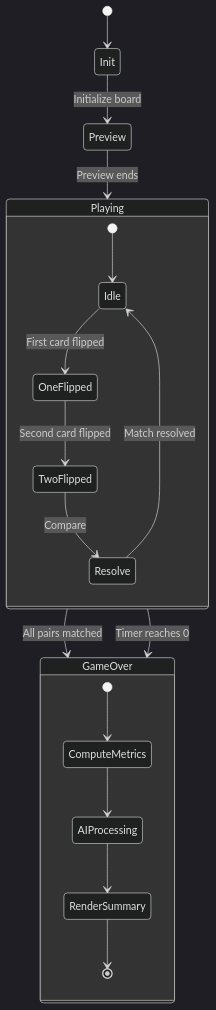
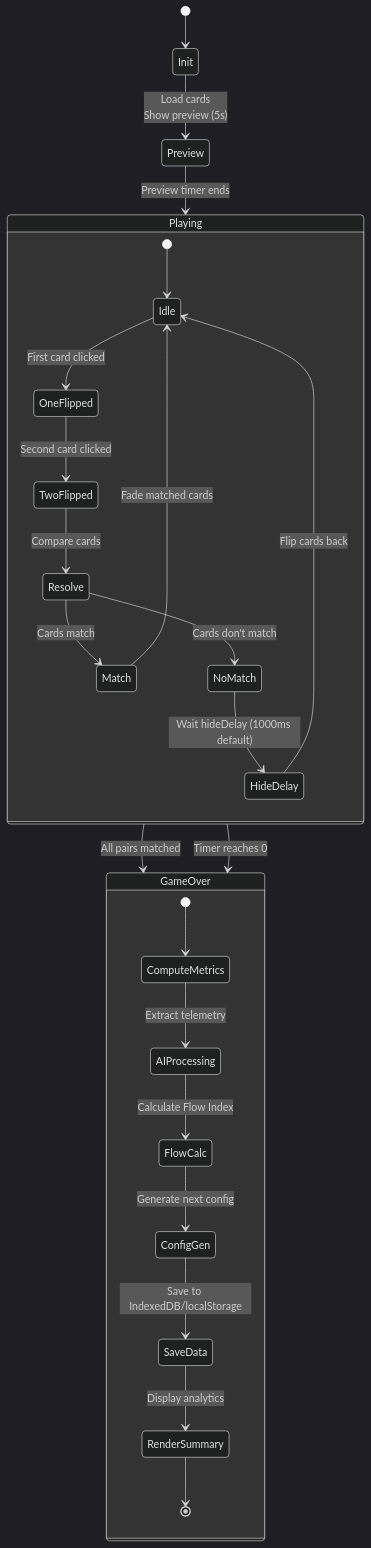
The sixth of 10 diagrams in docs/SYSTEM_DIAGRAMS.md (DDMYmia/Memory-Game-He-Maumahara), drawn with Mermaid (dark theme) before and after one commit. The commit also changed other lines of this file and 3 other files, not shown here.

````diff
--- a/docs/SYSTEM_DIAGRAMS.md
+++ b/docs/SYSTEM_DIAGRAMS.md
@@ -177,25 +261,32 @@
 ```mermaid
 stateDiagram-v2
     [*] --> Init
 
-    Init --> Preview : Initialize board
-    Preview --> Playing : Preview ends
+    Init --> Preview : Load cards<br/>Show preview (5s)
+    Preview --> Playing : Preview timer ends
 
     state Playing {
         [*] --> Idle
-        Idle --> OneFlipped : First card flipped
-        OneFlipped --> TwoFlipped : Second card flipped
-        TwoFlipped --> Resolve : Compare
-        Resolve --> Idle : Match resolved
+        Idle --> OneFlipped : First card clicked
+        OneFlipped --> TwoFlipped : Second card clicked
+        TwoFlipped --> Resolve : Compare cards
+        Resolve --> Match : Cards match
+        Resolve --> NoMatch : Cards don't match
+        Match --> Idle : Fade matched cards
+        NoMatch --> HideDelay : Wait hideDelay (1000ms default)
+        HideDelay --> Idle : Flip cards back
     }
 
     Playing --> GameOver : All pairs matched
     Playing --> GameOver : Timer reaches 0
 
     state GameOver {
         [*] --> ComputeMetrics
-        ComputeMetrics --> AIProcessing
-        AIProcessing --> RenderSummary
+        ComputeMetrics --> AIProcessing : Extract telemetry
+        AIProcessing --> FlowCalc : Calculate Flow Index
+        FlowCalc --> ConfigGen : Generate next config
+        ConfigGen --> SaveData : Save to IndexedDB/localStorage
+        SaveData --> RenderSummary : Display analytics
         RenderSummary --> [*]
     }
 ```
````
